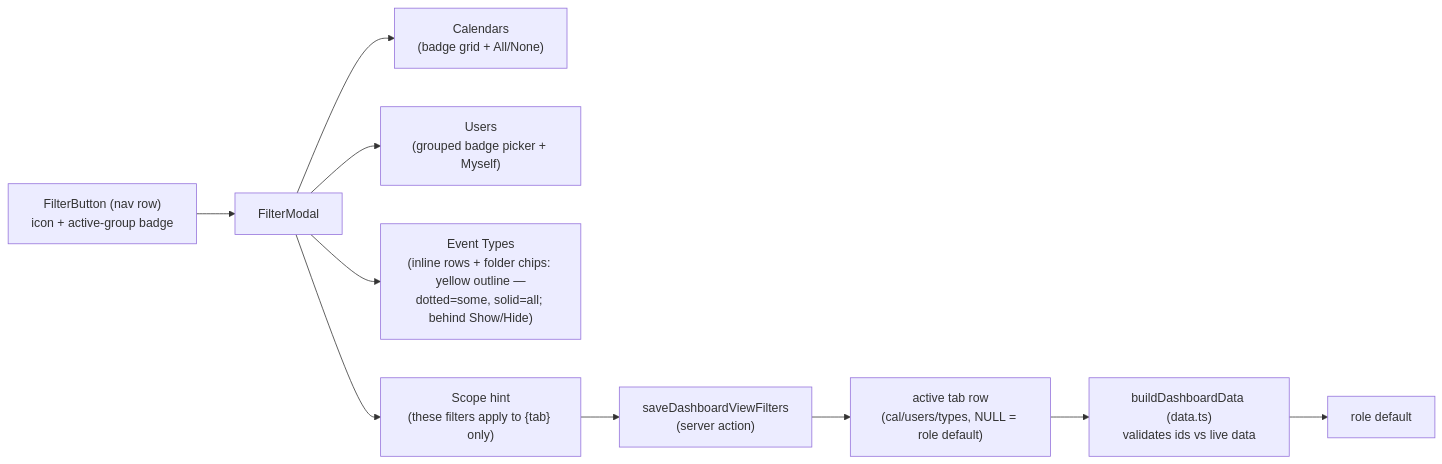
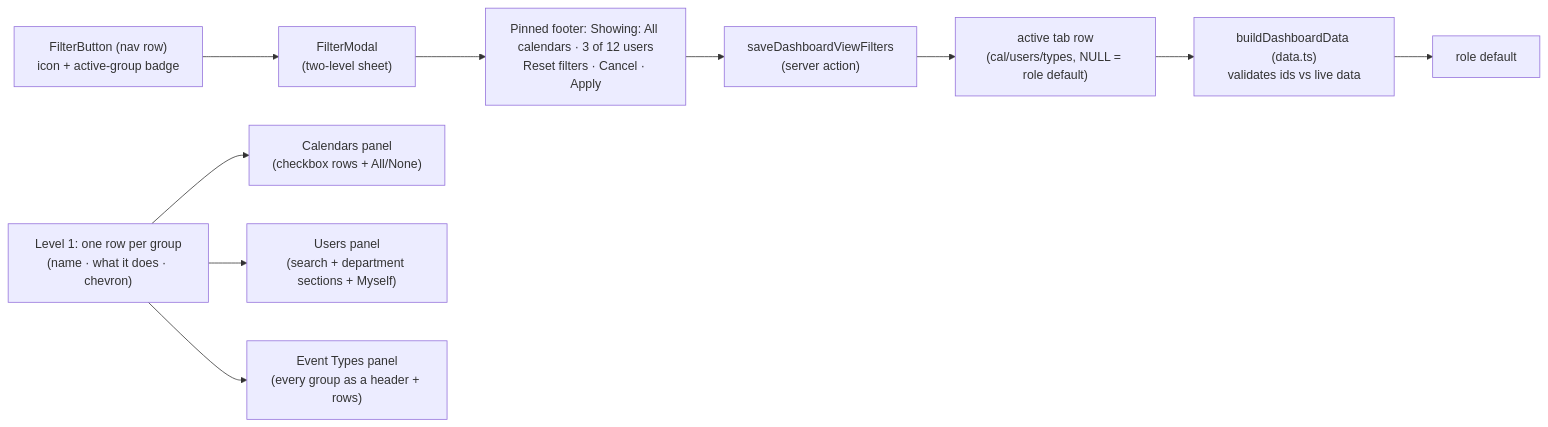
The second of 8 diagrams in docs/dashboard-views.md (oncloudnintynineone-source/cloudy2), drawn with Mermaid before and after one commit. The commit also changed other lines of this file and 26 other files, not shown here.

First line of the commit message:
refactor(filters): two-level filter sheet that states its own state

````diff
--- a/docs/dashboard-views.md
+++ b/docs/dashboard-views.md
@@ -723,12 +748,13 @@
 ```mermaid
 flowchart LR
- FB["FilterButton (nav row)<br/>icon + active-group badge"] --> FM["FilterModal"]
- FM --> CAL["Calendars<br/>(badge grid + All/None)"]
- FM --> US["Users<br/>(grouped badge picker + Myself)"]
- FM --> ET["Event Types<br/>(inline rows + folder chips: yellow outline —<br/>dotted=some, solid=all; behind Show/Hide)"]
- FM --> HINT["Scope hint<br/>(these filters apply to {tab} only)"]
- HINT --> APPLY["saveDashboardViewFilters<br/>(server action)"]
+ FB["FilterButton (nav row)<br/>icon + active-group badge"] --> FM["FilterModal<br/>(two-level sheet)"]
+ ROWS["Level 1: one row per group<br/>(name · what it does · chevron)"]
+	ROWS --> CAL["Calendars panel<br/>(checkbox rows + All/None)"]
+ ROWS --> US["Users panel<br/>(search + department sections + Myself)"]
+ ROWS --> ET["Event Types panel<br/>(every group as a header + rows)"]
+ FM --> FOOT["Pinned footer: Showing: All calendars · 3 of 12 users<br/>Reset filters · Cancel · Apply"]
+ FOOT --> APPLY["saveDashboardViewFilters<br/>(server action)"]
  APPLY --> ROW["active tab row<br/>(cal/users/types, NULL = role default)"]
  ROW --> RESOLVE["buildDashboardData (data.ts)<br/>validates ids vs live data"]
  RESOLVE --> DEF["role default"]
 ```
````
